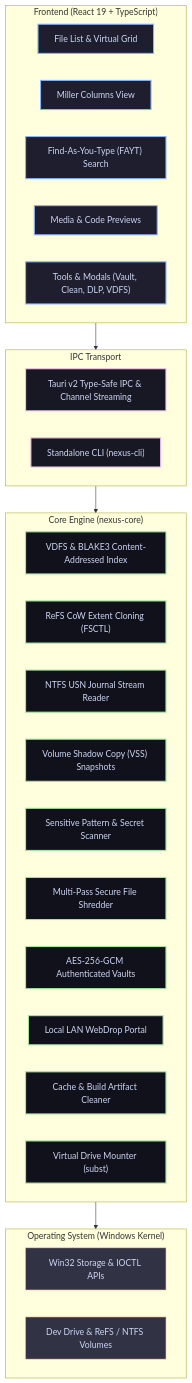
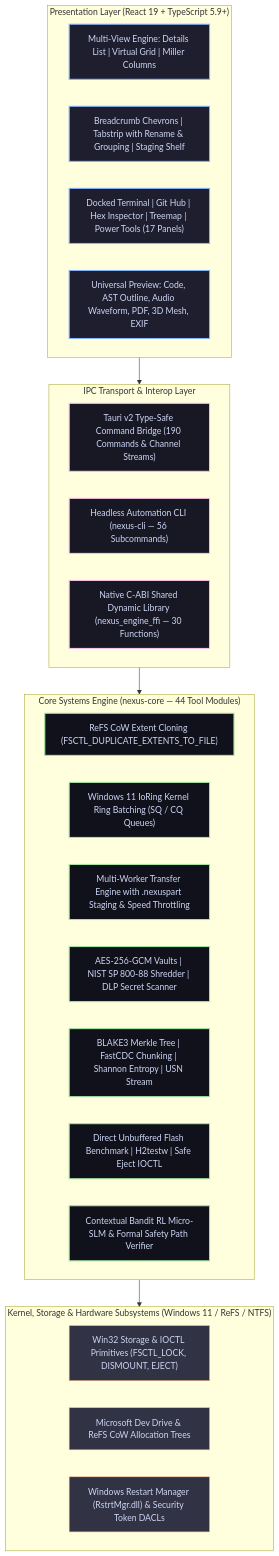
One commit to Destroyer-official/NexusExplorer changed the diagram in README.md. Above: the diagram before and after it, drawn with Mermaid. The commit also changed other lines of this file, not shown here.

Commit message:
docs: comprehensive README showcasing 200 catalogued subsystems, 2026/2027 systems research, benchmarks, and 292 passing tests

````diff
--- a/README.md
+++ b/README.md
@@ -13,42 +18,40 @@
 ```mermaid
 graph TD
     classDef ui fill:#1e1e2e,stroke:#89b4fa,stroke-width:2px,color:#cdd6f4;
     classDef ipc fill:#181825,stroke:#f5c2e7,stroke-width:2px,color:#cdd6f4;
     classDef core fill:#11111b,stroke:#a6e3a1,stroke-width:2px,color:#cdd6f4;
-    classDef win fill:#313244,stroke:#fab387,stroke-width:1px,color:#cdd6f4;
+    classDef os fill:#313244,stroke:#fab387,stroke-width:1px,color:#cdd6f4;
 
-    subgraph Frontend ["Frontend (React 19 + TypeScript)"]
-        UI_List["File List & Virtual Grid"]:::ui
-        UI_Miller["Miller Columns View"]:::ui
-        UI_FAYT["Find-As-You-Type (FAYT) Search"]:::ui
-        UI_Previews["Media & Code Previews"]:::ui
-        UI_Modals["Tools & Modals (Vault, Clean, DLP, VDFS)"]:::ui
+    subgraph Presentation ["Presentation Layer (React 19 + TypeScript 5.9+)"]
+        UI_Views["Multi-View Engine: Details List | Virtual Grid | Miller Columns"]:::ui
+        UI_Nav["Breadcrumb Chevrons | Tabstrip with Rename & Grouping | Staging Shelf"]:::ui
+        UI_Tools["Docked Terminal | Git Hub | Hex Inspector | Treemap | Power Tools (17 Panels)"]:::ui
+        UI_Preview["Universal Preview: Code, AST Outline, Audio Waveform, PDF, 3D Mesh, EXIF"]:::ui
     end
 
-    subgraph Boundary ["IPC Transport"]
-        TAURI_IPC["Tauri v2 Type-Safe IPC & Channel Streaming"]:::ipc
-        CLI["Standalone CLI (nexus-cli)"]:::ipc
+    subgraph Bridge ["IPC Transport & Interop Layer"]
+        IPC["Tauri v2 Type-Safe Command Bridge (190 Commands & Channel Streams)"]:::ipc
+        CLI["Headless Automation CLI (nexus-cli — 56 Subcommands)"]:::ipc
+        FFI["Native C-ABI Shared Dynamic Library (nexus_engine_ffi — 30 Functions)"]:::ipc
     end
 
-    subgraph Engine ["Core Engine (nexus-core)"]
-        VDFS["VDFS & BLAKE3 Content-Addressed Index"]:::core
-        COW["ReFS CoW Extent Cloning (FSCTL)"]:::core
-        USN["NTFS USN Journal Stream Reader"]:::core
-        VSS["Volume Shadow Copy (VSS) Snapshots"]:::core
-        DLP["Sensitive Pattern & Secret Scanner"]:::core
-        SHRED["Multi-Pass Secure File Shredder"]:::core
-        VAULT["AES-256-GCM Authenticated Vaults"]:::core
-        WEBDROP["Local LAN WebDrop Portal"]:::core
-        JANITOR["Cache & Build Artifact Cleaner"]:::core
-        MOUNTER["Virtual Drive Mounter (subst)"]:::core
+    subgraph CoreEngine ["Core Systems Engine (nexus-core — 44 Tool Modules)"]
+        FS_COW["ReFS CoW Extent Cloning (FSCTL_DUPLICATE_EXTENTS_TO_FILE)"]:::core
+        FS_IORING["Windows 11 IoRing Kernel Ring Batching (SQ / CQ Queues)"]:::core
+        FS_IO["Multi-Worker Transfer Engine with .nexuspart Staging & Speed Throttling"]:::core
+        SEC["AES-256-GCM Vaults | NIST SP 800-88 Shredder | DLP Secret Scanner"]:::core
+        FORENSIC["BLAKE3 Merkle Tree | FastCDC Chunking | Shannon Entropy | USN Stream"]:::core
+        USB["Direct Unbuffered Flash Benchmark | H2testw | Safe Eject IOCTL"]:::core
+        AI["Contextual Bandit RL Micro-SLM & Formal Safety Path Verifier"]:::core
     end
 
-    subgraph OS ["Operating System (Windows Kernel)"]
-        WIN_IO["Win32 Storage & IOCTL APIs"]:::win
-        WIN_DEV["Dev Drive & ReFS / NTFS Volumes"]:::win
+    subgraph HardwareOS ["Kernel, Storage & Hardware Subsystems (Windows 11 / ReFS / NTFS)"]
+        WIN_IOCTL["Win32 Storage & IOCTL Primitives (FSCTL_LOCK, DISMOUNT, EJECT)"]:::os
+        DEV_DRIVE["Microsoft Dev Drive & ReFS CoW Allocation Trees"]:::os
+        WIN_SEC["Windows Restart Manager (RstrtMgr.dll) & Security Token DACLs"]:::os
     end
 
-    Frontend --> Boundary
-    Boundary --> Engine
-    Engine --> OS
+    Presentation --> Bridge
+    Bridge --> CoreEngine
+    CoreEngine --> HardwareOS
 ```
````
